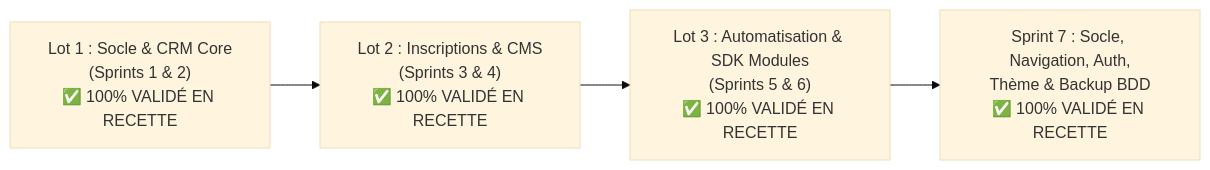
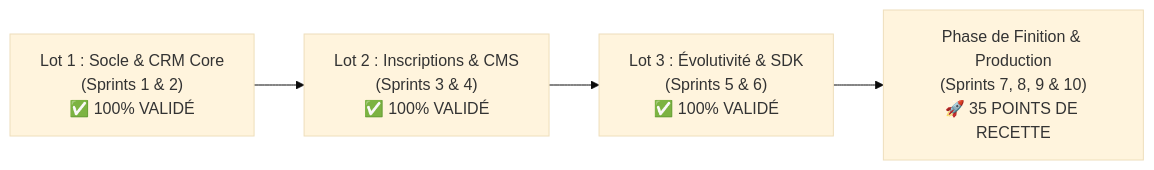
The first of 3 diagrams in docs/ROADMAP.md (kanso-ya/kanso-ya), drawn with Mermaid (base theme) before and after one commit. The commit also changed other lines of this file and 2 other files, not shown here.

Commit message:
Docs Sprints 7-10 figées (ARCHITECTURE, ROADMAP, SPECS-FINITION-V1)

````diff
--- a/docs/ROADMAP.md
+++ b/docs/ROADMAP.md
@@ -14,6 +14,6 @@
 ```mermaid
 flowchart LR
-    L1["Lot 1 : Socle & CRM Core\n(Sprints 1 & 2)\n✅ 100% VALIDÉ EN RECETTE"] --> L2["Lot 2 : Inscriptions & CMS\n(Sprints 3 & 4)\n✅ 100% VALIDÉ EN RECETTE"]
-    L2 --> L3["Lot 3 : Automatisation & SDK Modules\n(Sprints 5 & 6)\n✅ 100% VALIDÉ EN RECETTE"]
-    L3 --> L4["Sprint 7 : Socle, Navigation, Auth,\nThème & Backup BDD\n✅ 100% VALIDÉ EN RECETTE"]
+    L1["Lot 1 : Socle & CRM Core\n(Sprints 1 & 2)\n✅ 100% VALIDÉ"] --> L2["Lot 2 : Inscriptions & CMS\n(Sprints 3 & 4)\n✅ 100% VALIDÉ"]
+    L2 --> L3["Lot 3 : Évolutivité & SDK\n(Sprints 5 & 6)\n✅ 100% VALIDÉ"]
+    L3 --> L4["Phase de Finition & Production\n(Sprints 7, 8, 9 & 10)\n🚀 35 POINTS DE RECETTE"]
 ```
````
